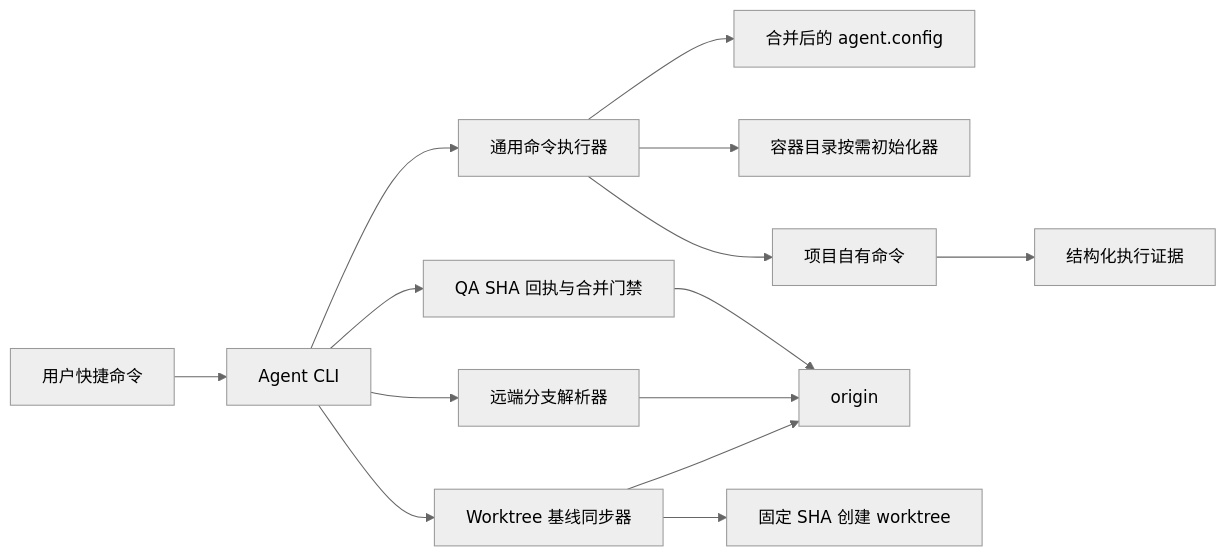
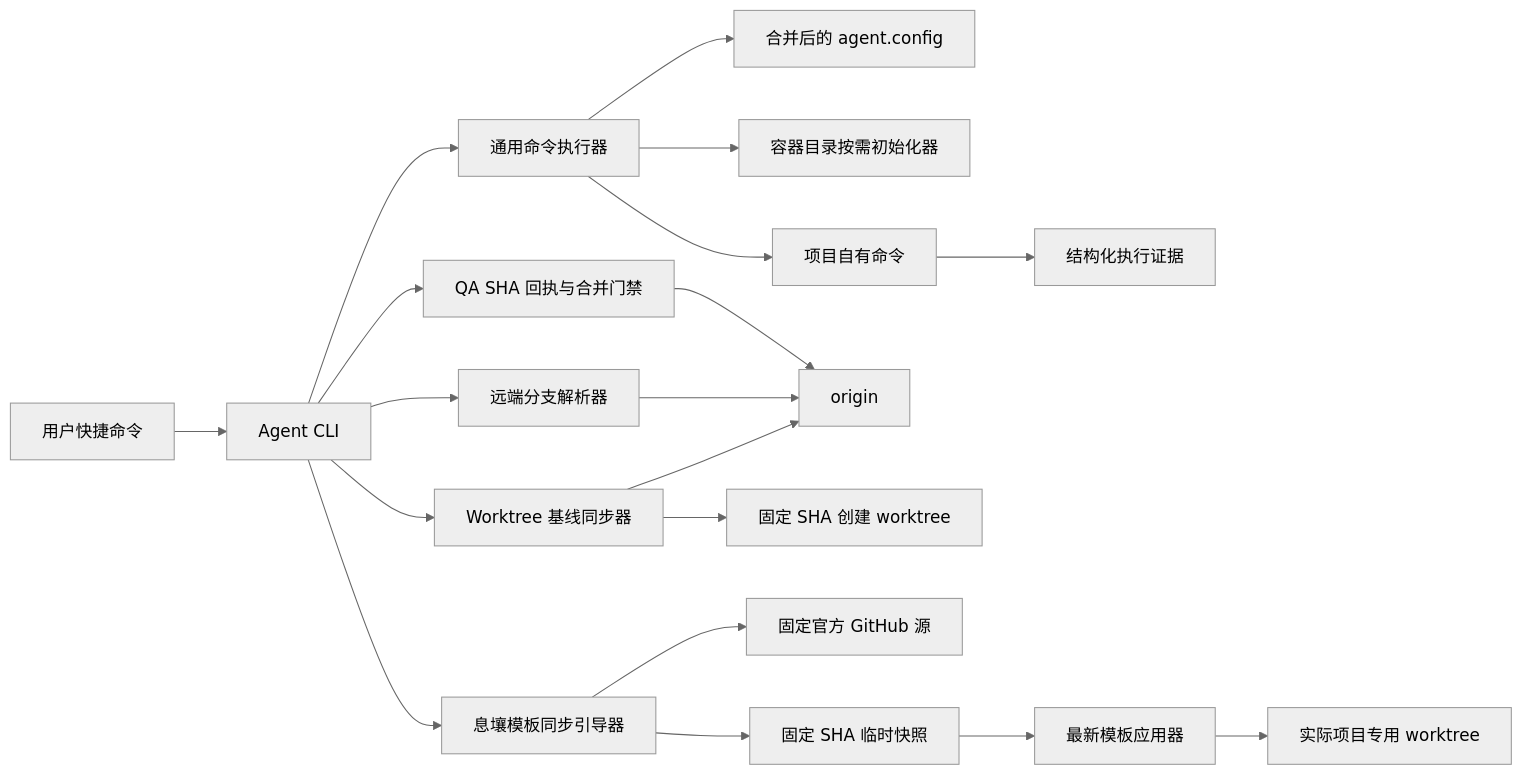
One commit to hollisyao2024/PromptsEngineering changed the first of 2 diagrams in docs/ARCH.md. Above: the diagram before and after it, drawn with Mermaid (neutral theme). The commit also changed other lines of this file and 33 other files, not shown here.

````diff
--- a/docs/ARCH.md
+++ b/docs/ARCH.md
@@ -22,16 +22,21 @@
 ```mermaid
 flowchart LR
   U[用户快捷命令] --> A[Agent CLI]
   A --> D[通用命令执行器]
   D --> C[合并后的 agent.config]
   D --> I[容器目录按需初始化器]
   D --> P[项目自有命令]
   P --> E[结构化执行证据]
   A --> W[Worktree 基线同步器]
   W --> O[origin]
   W --> G[固定 SHA 创建 worktree]
   A --> R[远端分支解析器]
   R --> O
   A --> Q[QA SHA 回执与合并门禁]
   Q --> O
+  A --> X[息壤模板同步引导器]
+  X --> XO[固定官方 GitHub 源]
+  X --> XS[固定 SHA 临时快照]
+  XS --> XA[最新模板应用器]
+  XA --> T[实际项目专用 worktree]
 ```
````
